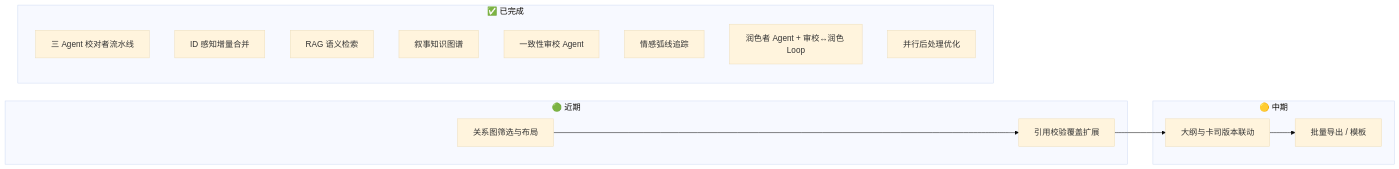
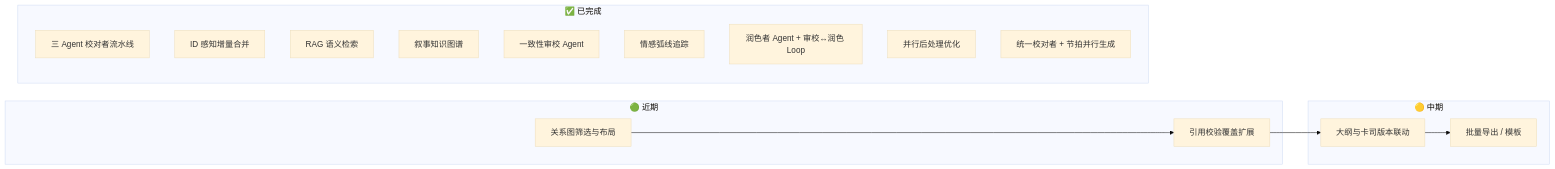
One commit to Lucas-Wang-THU/Magic_Creater_World changed the fourth of 4 diagrams in README.md. Above: the diagram before and after it, drawn with Mermaid (base theme). The commit also changed other lines of this file and 7 other files, not shown here.

````diff
--- a/README.md
+++ b/README.md
@@ -479,22 +480,23 @@
 ```mermaid
 flowchart LR
   subgraph 近期["🟢 近期"]
     A1[关系图筛选与布局]
     A2[引用校验覆盖扩展]
   end
   subgraph 中期["🟡 中期"]
     B1[大纲与卡司版本联动]
     B2[批量导出 / 模板]
   end
   subgraph 已完成["✅ 已完成"]
     C1[三 Agent 校对者流水线]
     C2[ID 感知增量合并]
     C3[RAG 语义检索]
     C4[叙事知识图谱]
     C5[一致性审校 Agent]
     C6[情感弧线追踪]
     C7[润色者 Agent + 审校↔润色 Loop]
     C8[并行后处理优化]
+    C9[统一校对者 + 节拍并行生成]
   end
   A1 --> A2 --> B1 --> B2
 ```
````
